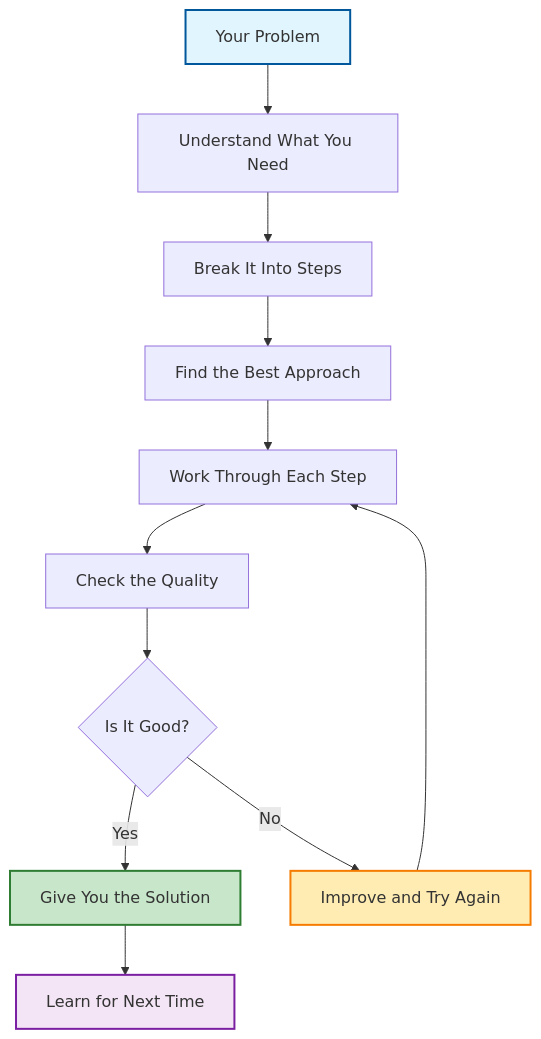
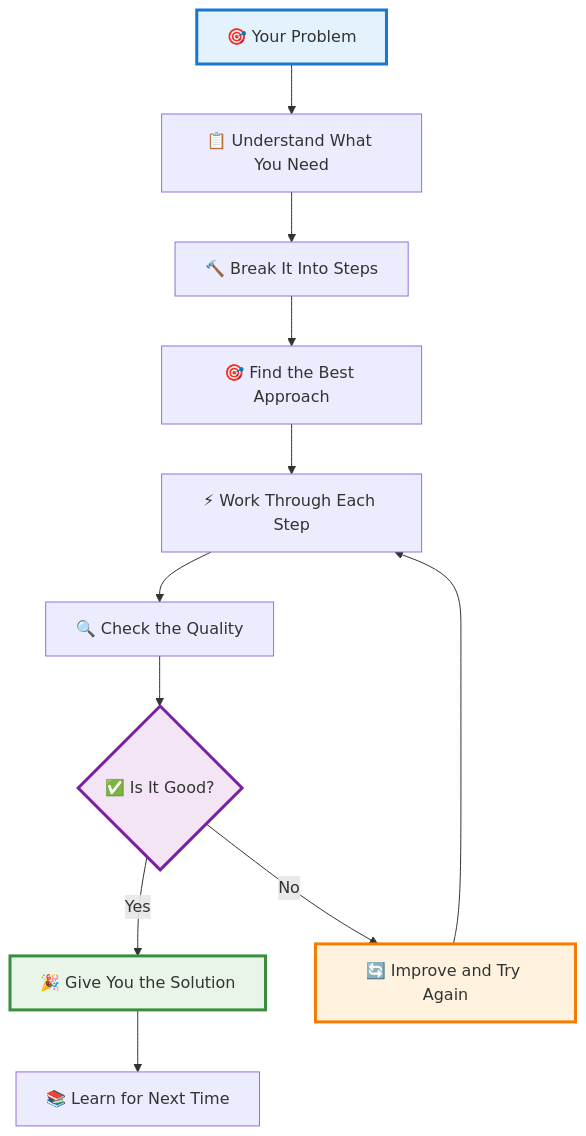
One commit to Pratar/GIOS changed the second of 2 diagrams in README.md. Above: the diagram before and after it, drawn with Mermaid. The commit also changed other lines of this file, not shown here.

````diff
--- a/README.md
+++ b/README.md
@@ -314,18 +429,18 @@
 ```mermaid
 graph TD
-    A[Your Problem] --> B[Understand What You Need]
-    B --> C[Break It Into Steps]
-    C --> D[Find the Best Approach]
-    D --> E[Work Through Each Step]
-    E --> F[Check the Quality]
-    F --> G{Is It Good?}
-    G -->|Yes| H[Give You the Solution]
-    G -->|No| I[Improve and Try Again]
+    A[🎯 Your Problem] --> B[📋 Understand What You Need]
+    B --> C[🔨 Break It Into Steps]
+    C --> D[🎯 Find the Best Approach]
+    D --> E[⚡ Work Through Each Step]
+    E --> F[🔍 Check the Quality]
+    F --> G{✅ Is It Good?}
+    G -->|Yes| H[🎉 Give You the Solution]
+    G -->|No| I[🔄 Improve and Try Again]
     I --> E
-    H --> J[Learn for Next Time]
+    H --> J[📚 Learn for Next Time]
     
-    style A fill:#e1f5fe,stroke:#01579b,stroke-width:2px
-    style H fill:#c8e6c9,stroke:#2e7d32,stroke-width:2px
-    style I fill:#ffecb3,stroke:#f57c00,stroke-width:2px
-    style J fill:#f3e5f5,stroke:#7b1fa2,stroke-width:2px
+    style A fill:#e3f2fd,stroke:#1976d2,stroke-width:3px
+    style H fill:#e8f5e8,stroke:#388e3c,stroke-width:3px
+    style I fill:#fff3e0,stroke:#f57c00,stroke-width:3px
+    style G fill:#f3e5f5,stroke:#7b1fa2,stroke-width:3px
 ```
````
